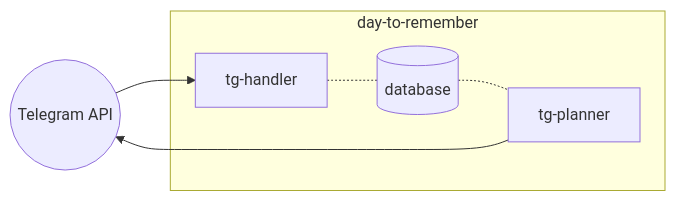
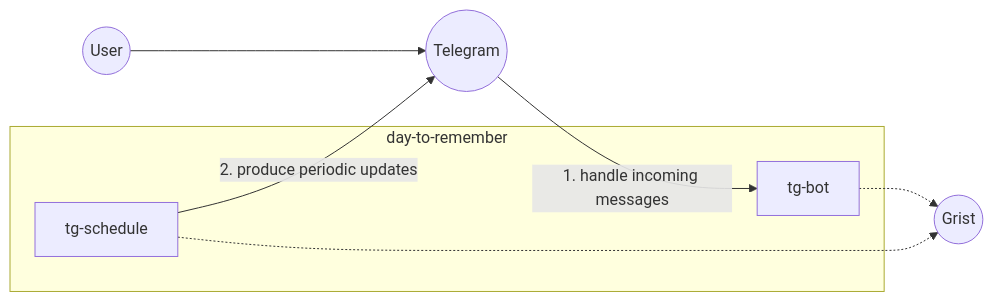
The diagram in README.md (agrrh/day-to-remember), drawn with Mermaid before and after one commit. The commit also changed other lines of this file, not shown here.

````diff
--- a/README.md
+++ b/README.md
@@ -3,16 +3,19 @@
 ```mermaid
 graph LR
-  telegram((Telegram API))
+  user((User))
+  telegram((Telegram))
+  grist((Grist))
 
   subgraph day-to-remember
-    tg-planner
-    tg-handler
-    database
-
-    database[(database)] -.- tg-planner
-    tg-handler -.- database
+    tg-schedule
+    tg-bot
   end
 
-  tg-planner --> telegram
-  telegram --> tg-handler
+  telegram -->|1. handle incoming messages| tg-bot
+  tg-bot -.-> grist
+
+  tg-schedule -->|2. produce periodic updates| telegram
+  tg-schedule -.-> grist
+
+  user --> telegram
 ```
````
